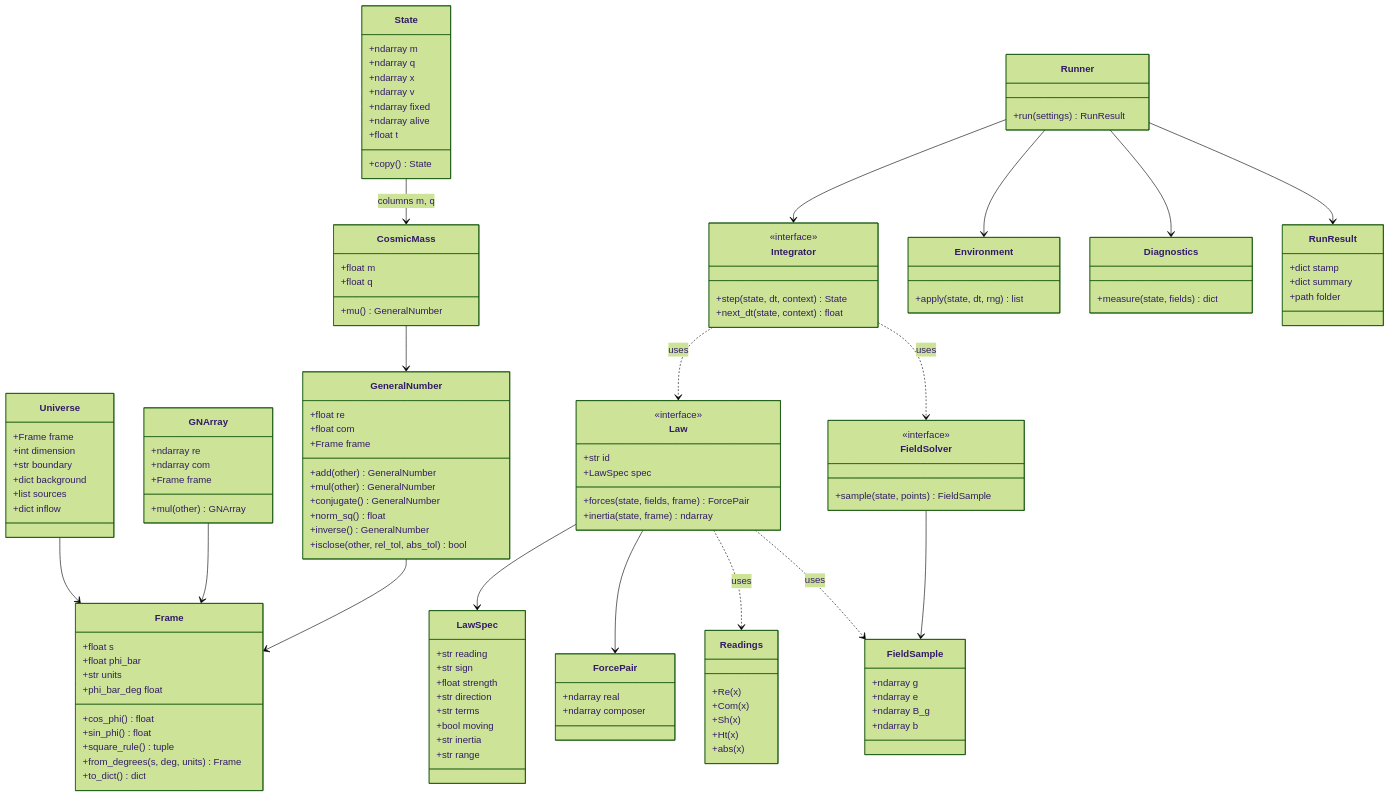
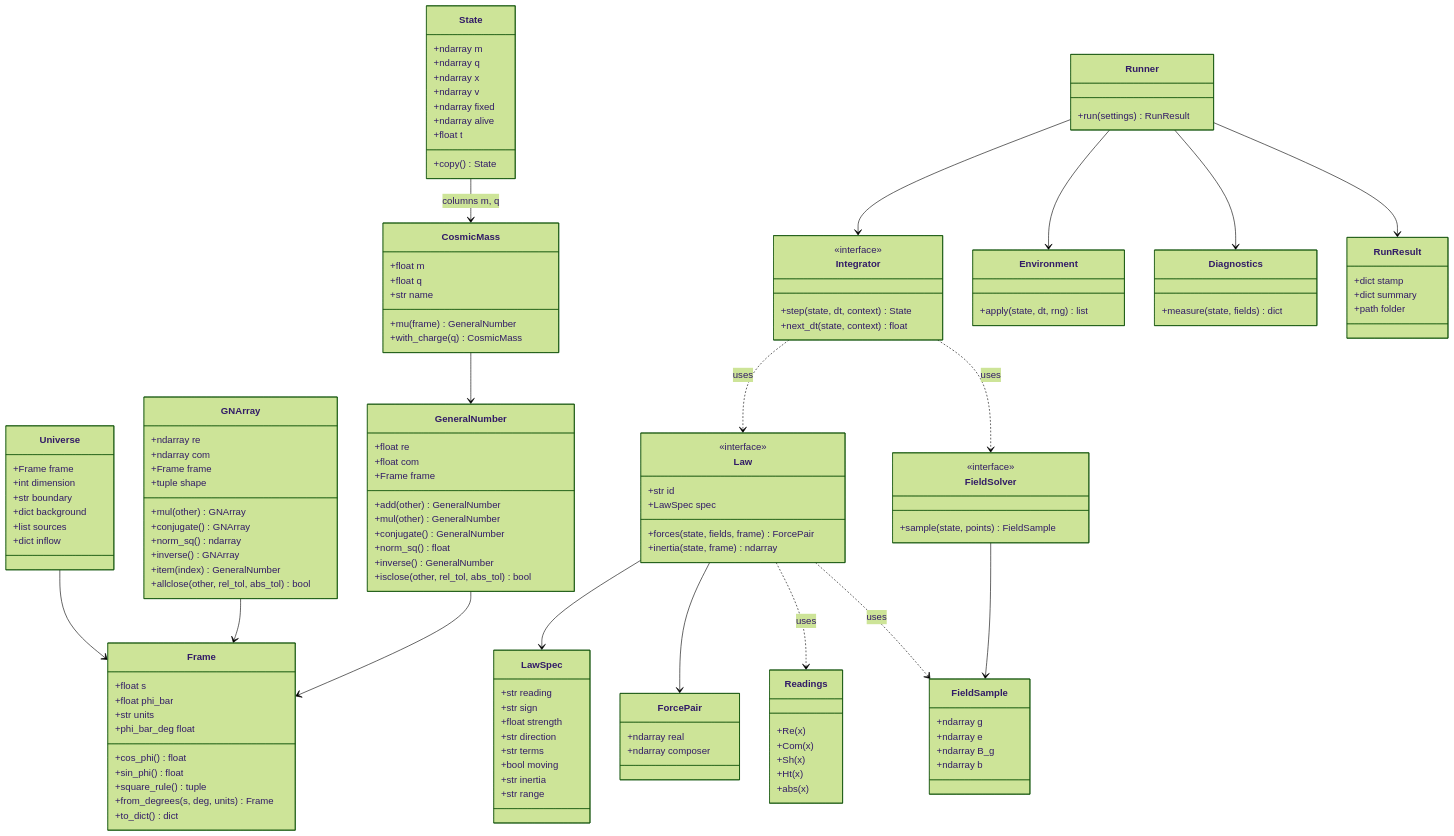
The third of 8 diagrams in ARCHITECTURE.md (MostafaDerraz/cosmic-mass-lab), drawn with Mermaid (forest theme) before and after one commit. The commit also changed other lines of this file and 11 other files, not shown here.

```diff
--- a/ARCHITECTURE.md
+++ b/ARCHITECTURE.md
@@ -239,7 +239,13 @@
         +ndarray re
         +ndarray com
         +Frame frame
+        +tuple shape
         +mul(other) GNArray
+        +conjugate() GNArray
+        +norm_sq() ndarray
+        +inverse() GNArray
+        +item(index) GeneralNumber
+        +allclose(other, rel_tol, abs_tol) bool
     }
     class Readings {
         +Re(x)
@@ -251,7 +257,9 @@
     class CosmicMass {
         +float m
         +float q
-        +mu() GeneralNumber
+        +str name
+        +mu(frame) GeneralNumber
+        +with_charge(q) CosmicMass
     }
     class State {
         +ndarray m
```
